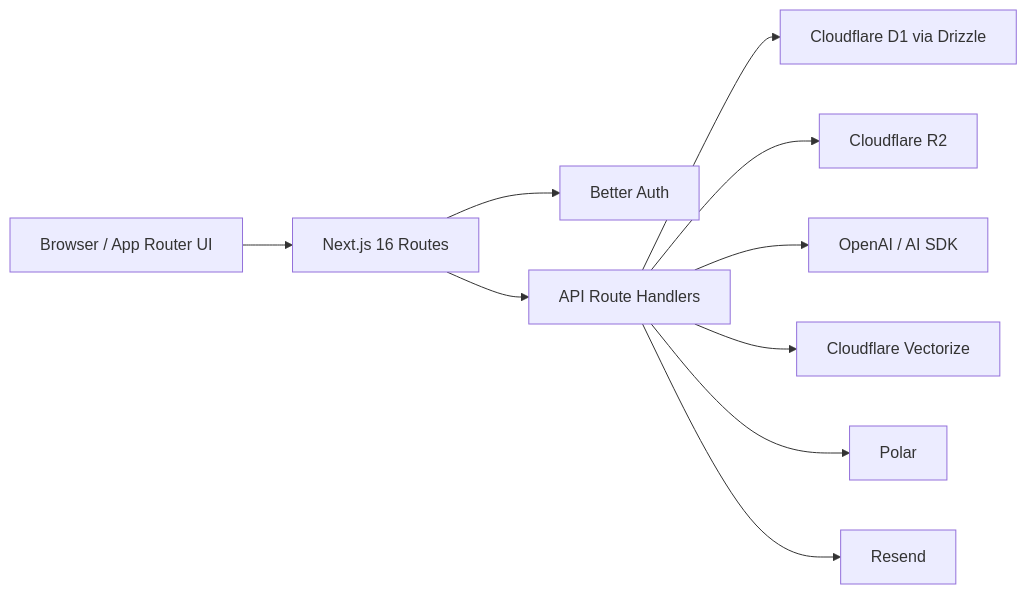
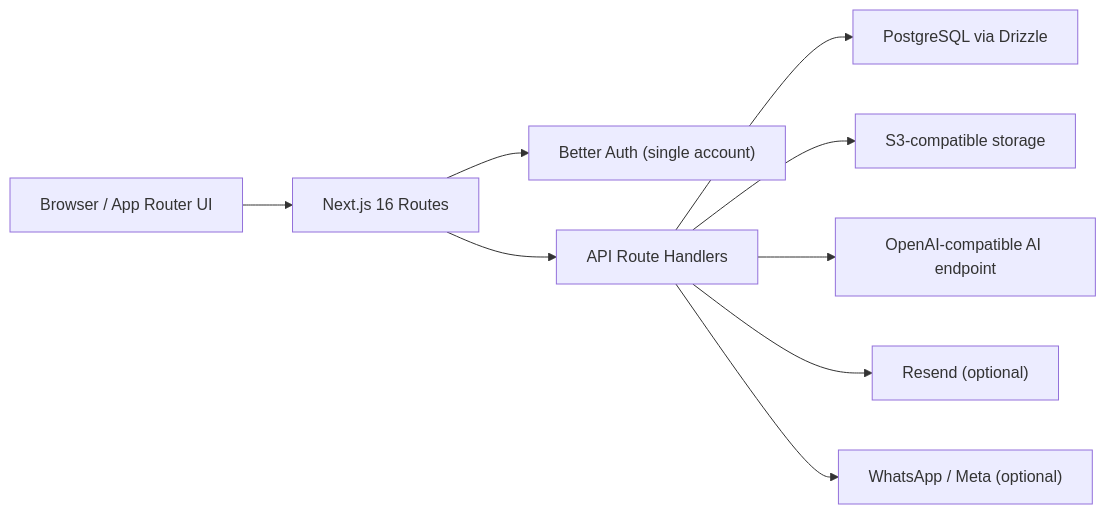
One commit to 0xrama/startup-os changed the diagram in docs/architecture.md. Above: the diagram before and after it, drawn with Mermaid. The commit also changed other lines of this file and 96 other files, not shown here.

````diff
--- a/docs/architecture.md
+++ b/docs/architecture.md
@@ -5,12 +12,11 @@
 ```mermaid
 flowchart LR
   Browser["Browser / App Router UI"] --> Next["Next.js 16 Routes"]
-  Next --> Auth["Better Auth"]
+  Next --> Auth["Better Auth (single account)"]
   Next --> API["API Route Handlers"]
-  API --> D1["Cloudflare D1 via Drizzle"]
-  API --> R2["Cloudflare R2"]
-  API --> AI["OpenAI / AI SDK"]
-  API --> Vectorize["Cloudflare Vectorize"]
-  API --> Polar["Polar"]
-  API --> Resend["Resend"]
+  API --> PG["PostgreSQL via Drizzle"]
+  API --> S3["S3-compatible storage"]
+  API --> AI["OpenAI-compatible AI endpoint"]
+  API --> Resend["Resend (optional)"]
+  API --> WhatsApp["WhatsApp / Meta (optional)"]
 ```
````
